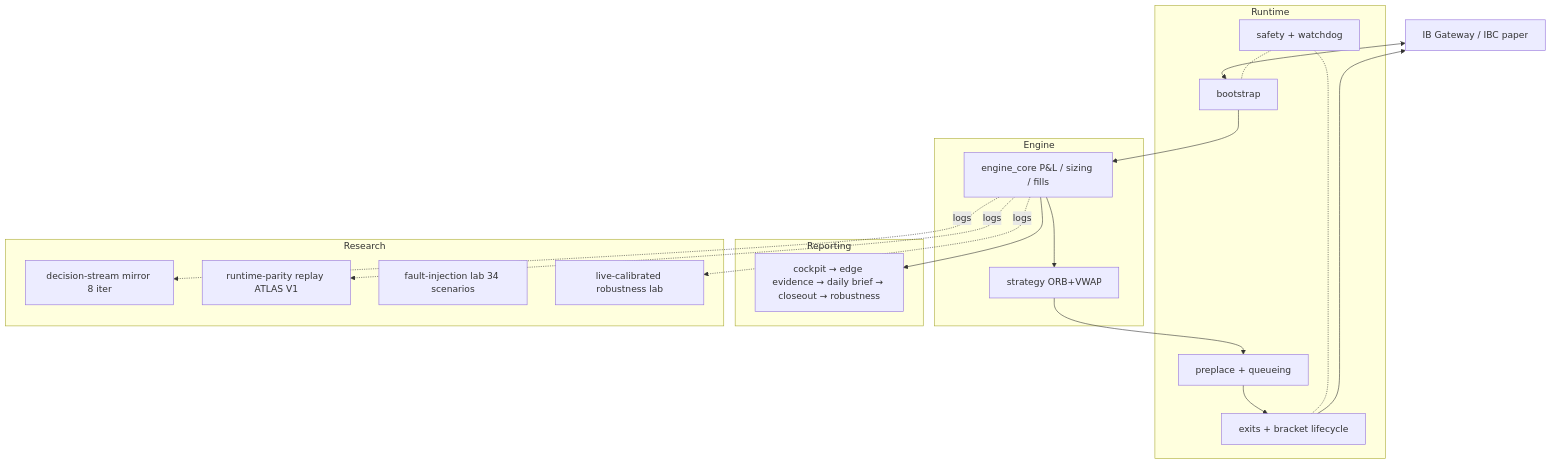
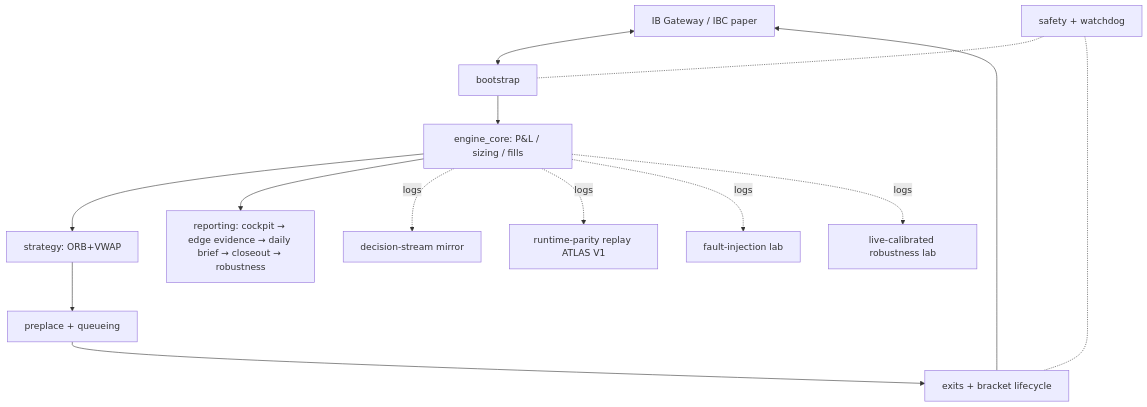
One commit to lukenbird/trading-fleet changed the diagram in README.md. Above: the diagram before and after it, drawn with Mermaid.

Commit message:
Refactor flowchart in README for clarity

````diff
--- a/README.md
+++ b/README.md
@@ -45,31 +45,20 @@
 ```mermaid
 flowchart TB
     IB[IB Gateway / IBC paper]
-    subgraph Runtime
-        BS[bootstrap]
-        SAF[safety + watchdog]
-        PRE[preplace + queueing]
-        EX[exits + bracket lifecycle]
-    end
-    subgraph Engine
-        ENG[engine_core P&L / sizing / fills]
-        STRAT[strategy ORB+VWAP]
-    end
-    subgraph Reporting
-        STACK[cockpit → edge evidence → daily brief → closeout → robustness]
-    end
-    subgraph Research
-        MIR[decision-stream mirror 8 iter]
-        ATLAS[runtime-parity replay ATLAS V1]
-        FIL[fault-injection lab 34 scenarios]
-        CAL[live-calibrated robustness lab]
-    end
-    IB <--> BS
-    BS --> ENG --> STRAT --> PRE --> EX --> IB
-    SAF -.- BS
+
+    IB <--> BS[bootstrap]
+    BS --> ENG[engine_core: P&L / sizing / fills]
+    ENG --> STRAT[strategy: ORB+VWAP]
+    STRAT --> PRE[preplace + queueing]
+    PRE --> EX[exits + bracket lifecycle]
+    EX --> IB
+
+    SAF[safety + watchdog] -.- BS
     SAF -.- EX
-    ENG --> STACK
-    ENG -. logs .-> MIR
-    ENG -. logs .-> ATLAS
-    ENG -. logs .-> CAL
+
+    ENG --> STACK[reporting: cockpit → edge evidence → daily brief → closeout → robustness]
+    ENG -. logs .-> MIR[decision-stream mirror]
+    ENG -. logs .-> ATLAS[runtime-parity replay ATLAS V1]
+    ENG -. logs .-> FIL[fault-injection lab]
+    ENG -. logs .-> CAL[live-calibrated robustness lab]
 ```
````
